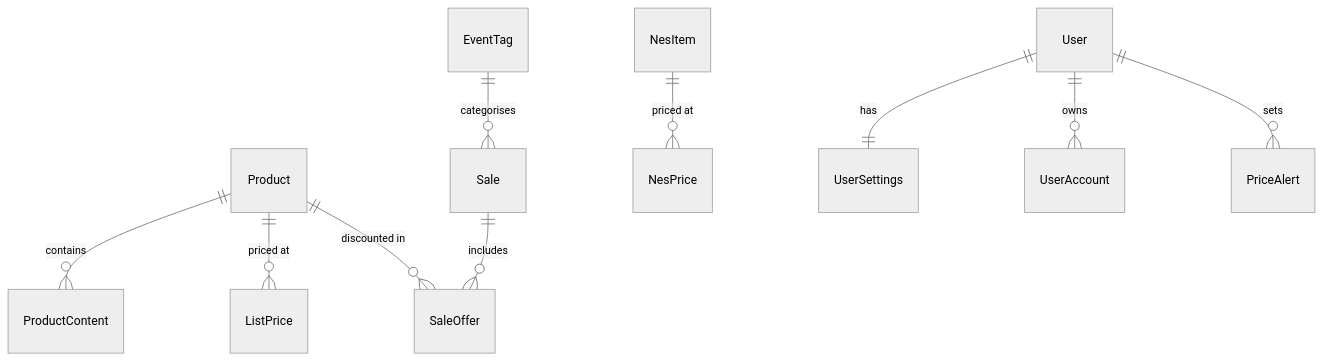
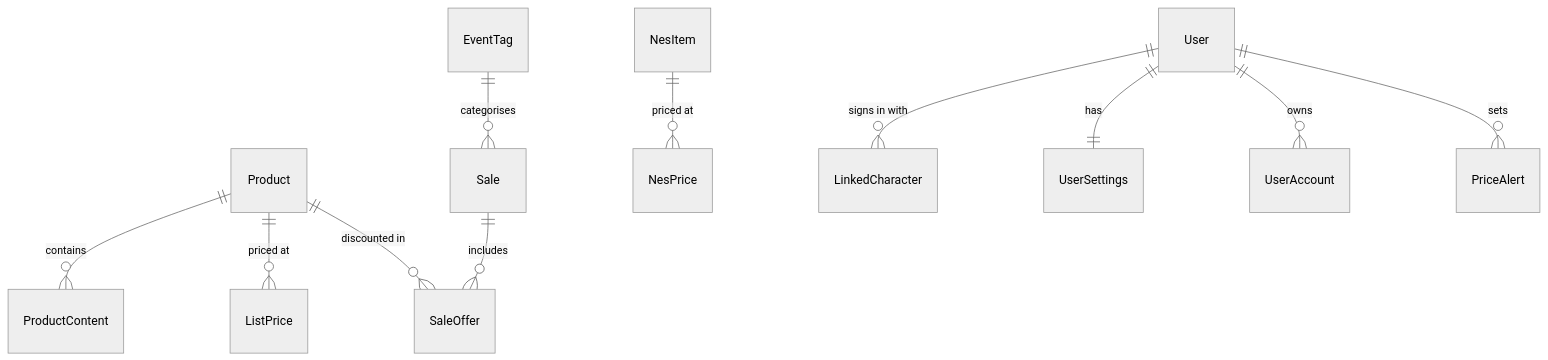
Before and after one commit to NewEdenSoft/FCSalesTool: the diagram in docs/PLAN.md, drawn with Mermaid (neutral theme). The commit also changed other lines of this file and 70 other files, not shown here.

````diff
--- a/docs/PLAN.md
+++ b/docs/PLAN.md
@@ -83,12 +84,13 @@
 ```mermaid
 erDiagram
     Product ||--o{ ProductContent : contains
     Product ||--o{ ListPrice : "priced at"
     Product ||--o{ SaleOffer : "discounted in"
     Sale ||--o{ SaleOffer : includes
     EventTag ||--o{ Sale : categorises
     NesItem ||--o{ NesPrice : "priced at"
+    User ||--o{ LinkedCharacter : "signs in with"
     User ||--|| UserSettings : has
     User ||--o{ UserAccount : owns
     User ||--o{ PriceAlert : sets
 ```
````
